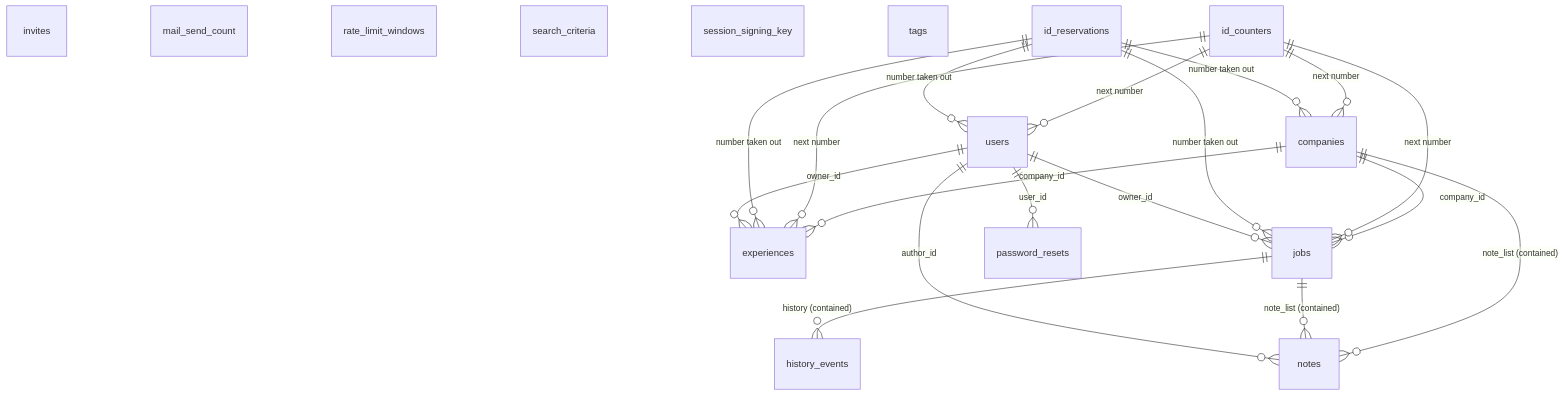
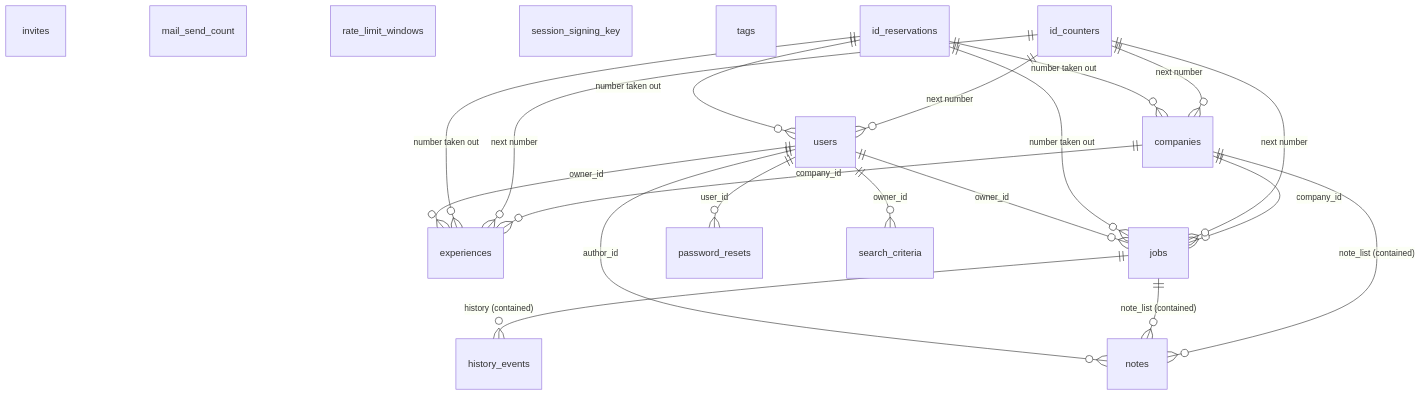
One commit to jozzian-agent/careeros-work-copy changed the second of 2 diagrams in docs/as-built/data.md. Above: the diagram before and after it, drawn with Mermaid. The commit also changed other lines of this file and 6 other files, not shown here.

````diff
--- a/docs/as-built/data.md
+++ b/docs/as-built/data.md
@@ -403,26 +403,26 @@
 ```mermaid
 erDiagram
     invites
     mail_send_count
     rate_limit_windows
-    search_criteria
     session_signing_key
     tags
     companies ||--o{ experiences : "company_id"
     companies ||--o{ jobs : "company_id"
     companies ||--o{ notes : "note_list (contained)"
     id_counters ||--o{ companies : "next number"
     id_counters ||--o{ experiences : "next number"
     id_counters ||--o{ jobs : "next number"
     id_counters ||--o{ users : "next number"
     id_reservations ||--o{ companies : "number taken out"
     id_reservations ||--o{ experiences : "number taken out"
     id_reservations ||--o{ jobs : "number taken out"
     id_reservations ||--o{ users : "number taken out"
     jobs ||--o{ history_events : "history (contained)"
     jobs ||--o{ notes : "note_list (contained)"
     users ||--o{ experiences : "owner_id"
     users ||--o{ jobs : "owner_id"
     users ||--o{ notes : "author_id"
     users ||--o{ password_resets : "user_id"
+    users ||--o{ search_criteria : "owner_id"
 ```
````
